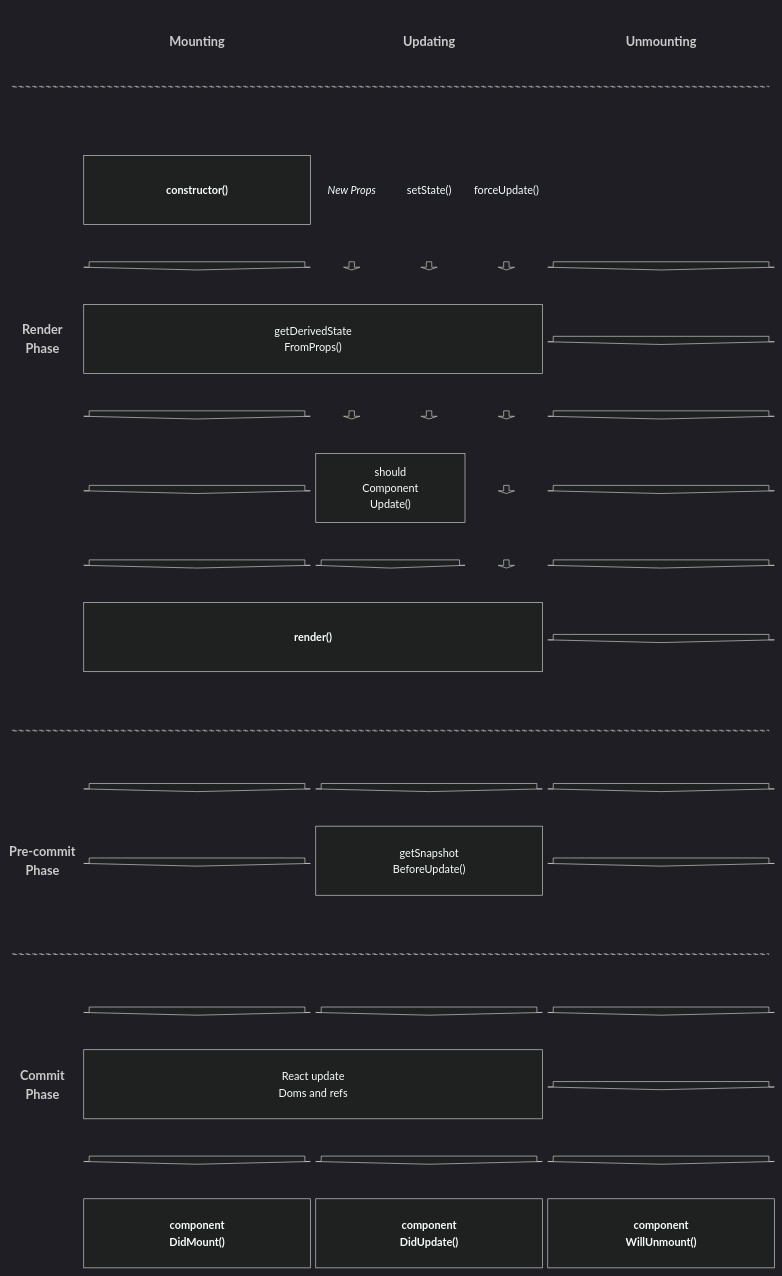
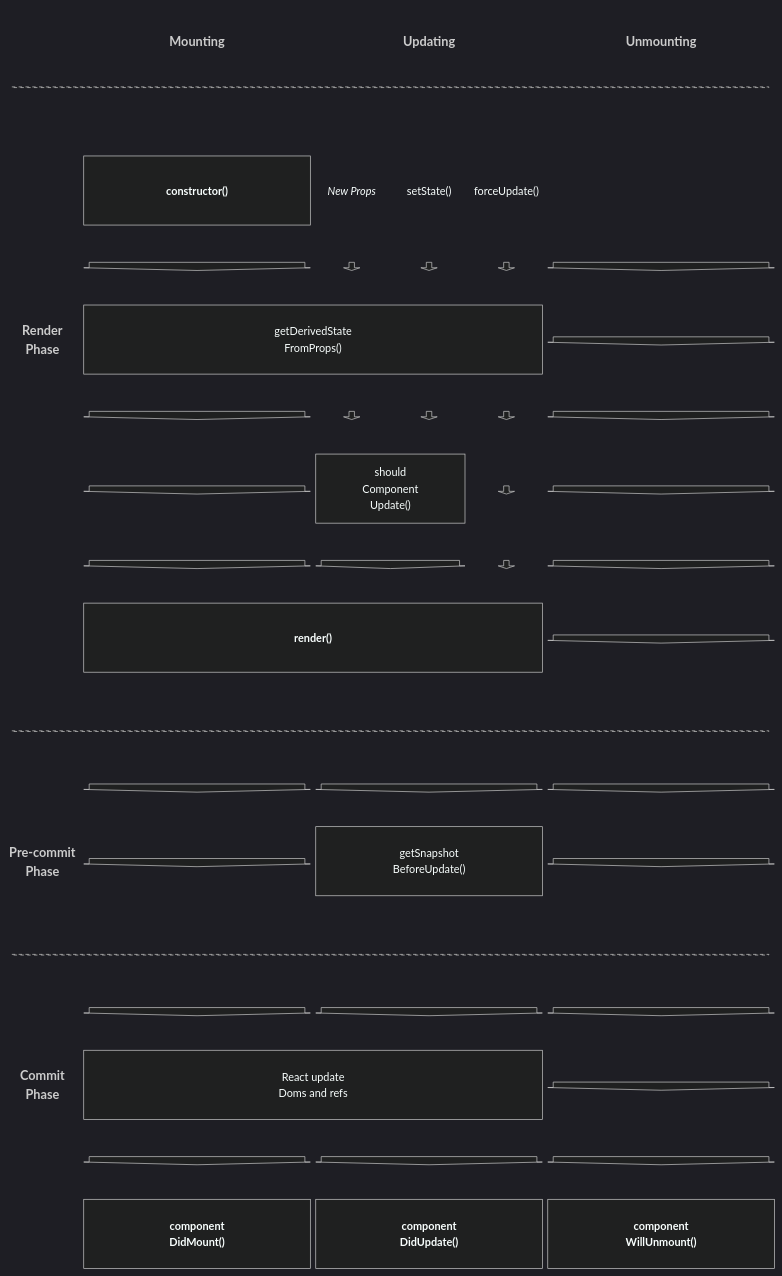
One commit to hkleungai/react-life-cycle-vis changed the diagram in README.md. Above: the diagram before and after it, drawn with Mermaid.

Commit message:
fix: add empty line to make gh preview look nicer

````diff
--- a/README.md
+++ b/README.md
@@ -15,6 +15,10 @@
     classDef BORDER_NONE fill:none, stroke:none;
     classDef DASH_LINE stroke-dasharray: 5,5, height:1px, stroke-width:1px;
     columns 10
+
+%% row 0
+DL_ROW_SUBROW_0[" "]:10
+class DL_ROW_SUBROW_0 HIDDEN
 
 %% row 1
     space:1
@@ -116,7 +120,6 @@
         DL_ROW_10_SUBROW_3[" "]
         DL_ROW_10_SUBROW_4[" "]
 
-        classDef HIDDEN display:none;
         class DL_ROW_10_SUBROW_1,DL_ROW_10_SUBROW_2,DL_ROW_10_SUBROW_3 HIDDEN
         class DL_ROW_10_SUBROW_4 DASH_LINE
     end
@@ -149,7 +152,6 @@
         DL_ROW_13_SUBROW_3[" "]
         DL_ROW_13_SUBROW_4[" "]
 
-        classDef HIDDEN display:none;
         class DL_ROW_13_SUBROW_1,DL_ROW_13_SUBROW_2,DL_ROW_13_SUBROW_3 HIDDEN
         class DL_ROW_13_SUBROW_4 DASH_LINE
     end
@@ -185,4 +187,11 @@
     componentDidMountCall["<b>component\nDidMount()</b>"]:3
     componentDidUpdateCall["<b>component\nDidUpdate()</b>"]:3
     componentWillUnmountCall["<b>component\nWillUnmount()</b>"]:3
+
+%% row inf
+DL_ROW_INF_SUBROW_1[" "]:10
+DL_ROW_INF_SUBROW_2[" "]:10
+DL_ROW_INF_SUBROW_3[" "]:10
+class DL_ROW_INF_SUBROW_1,DL_ROW_INF_SUBROW_2,DL_ROW_INF_SUBROW_3 HIDDEN
+
 ```
````
